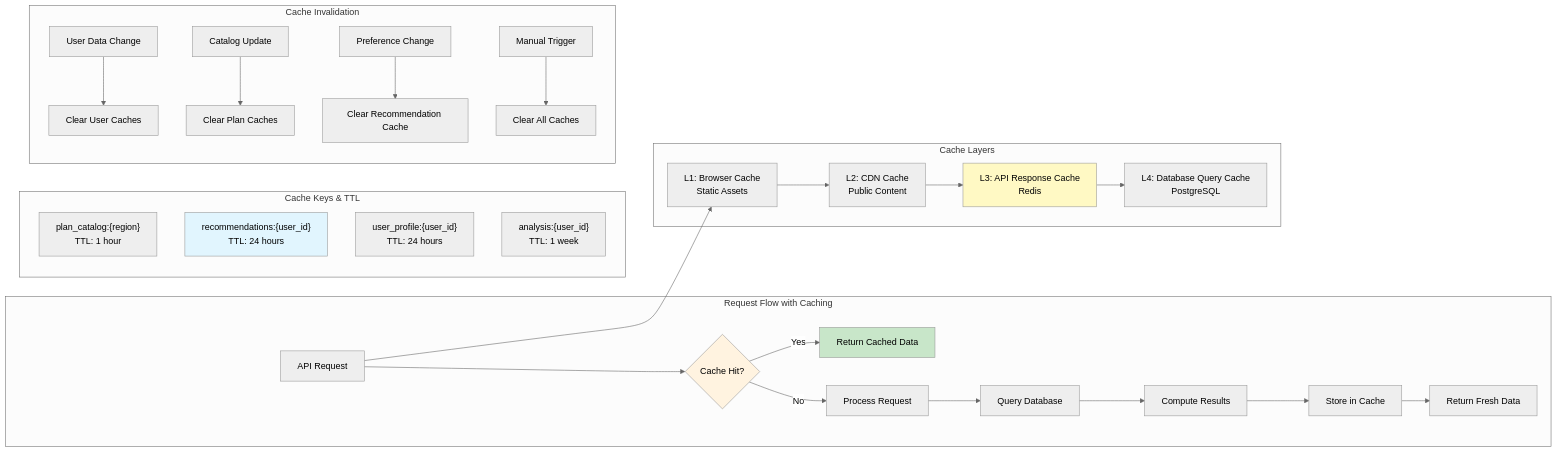
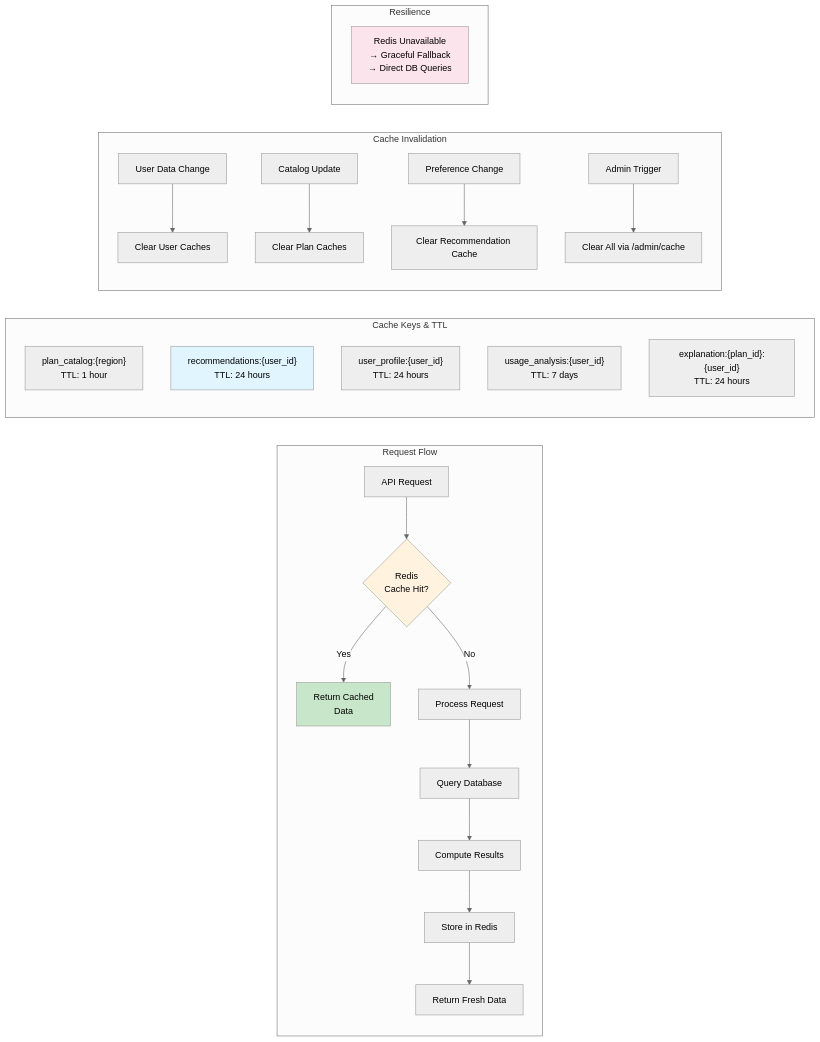
Before and after one commit to Rhoahndur/Treebeard: the tenth of 11 diagrams in architecture.md, drawn with Mermaid (neutral theme). The commit also changed other lines of this file, not shown here.

Commit message:
updated architecture doc

````diff
--- a/architecture.md
+++ b/architecture.md
@@ -660,45 +685,38 @@
 ```mermaid
 graph LR
-    subgraph "Request Flow with Caching"
-        REQ[API Request] --> CHECK_CACHE{Cache Hit?}
-        
-        CHECK_CACHE -->|Yes| RETURN_CACHED[Return Cached Data]
+    subgraph "Request Flow"
+        REQ[API Request] --> CHECK_CACHE{Redis<br/>Cache Hit?}
+
+        CHECK_CACHE -->|Yes| RETURN_CACHED[Return Cached<br/>Data]
         CHECK_CACHE -->|No| PROCESS[Process Request]
-        
+
         PROCESS --> QUERY_DB[Query Database]
         QUERY_DB --> COMPUTE[Compute Results]
-        COMPUTE --> STORE_CACHE[Store in Cache]
+        COMPUTE --> STORE_CACHE[Store in Redis]
         STORE_CACHE --> RETURN_FRESH[Return Fresh Data]
     end
-    
-    subgraph "Cache Layers"
-        L1[L1: Browser Cache<br/>Static Assets]
-        L2[L2: CDN Cache<br/>Public Content]
-        L3[L3: API Response Cache<br/>Redis]
-        L4[L4: Database Query Cache<br/>PostgreSQL]
-    end
-    
+
     subgraph "Cache Keys & TTL"
         KEY1["plan_catalog:{region}<br/>TTL: 1 hour"]
         KEY2["recommendations:{user_id}<br/>TTL: 24 hours"]
         KEY3["user_profile:{user_id}<br/>TTL: 24 hours"]
-        KEY4["analysis:{user_id}<br/>TTL: 1 week"]
+        KEY4["usage_analysis:{user_id}<br/>TTL: 7 days"]
+        KEY5["explanation:{plan_id}:{user_id}<br/>TTL: 24 hours"]
     end
-    
+
     subgraph "Cache Invalidation"
         INV1[User Data Change] --> CLEAR1[Clear User Caches]
         INV2[Catalog Update] --> CLEAR2[Clear Plan Caches]
         INV3[Preference Change] --> CLEAR3[Clear Recommendation Cache]
-        INV4[Manual Trigger] --> CLEAR4[Clear All Caches]
+        INV4[Admin Trigger] --> CLEAR4[Clear All via /admin/cache]
     end
-    
-    REQ --> L1
-    L1 --> L2
-    L2 --> L3
-    L3 --> L4
-    
+
+    subgraph "Resilience"
+        FALLBACK[Redis Unavailable<br/>→ Graceful Fallback<br/>→ Direct DB Queries]
+    end
+
     style CHECK_CACHE fill:#fff3e0
     style RETURN_CACHED fill:#c8e6c9
-    style L3 fill:#fff9c4
     style KEY2 fill:#e1f5fe
+    style FALLBACK fill:#fce4ec
 ```
````
